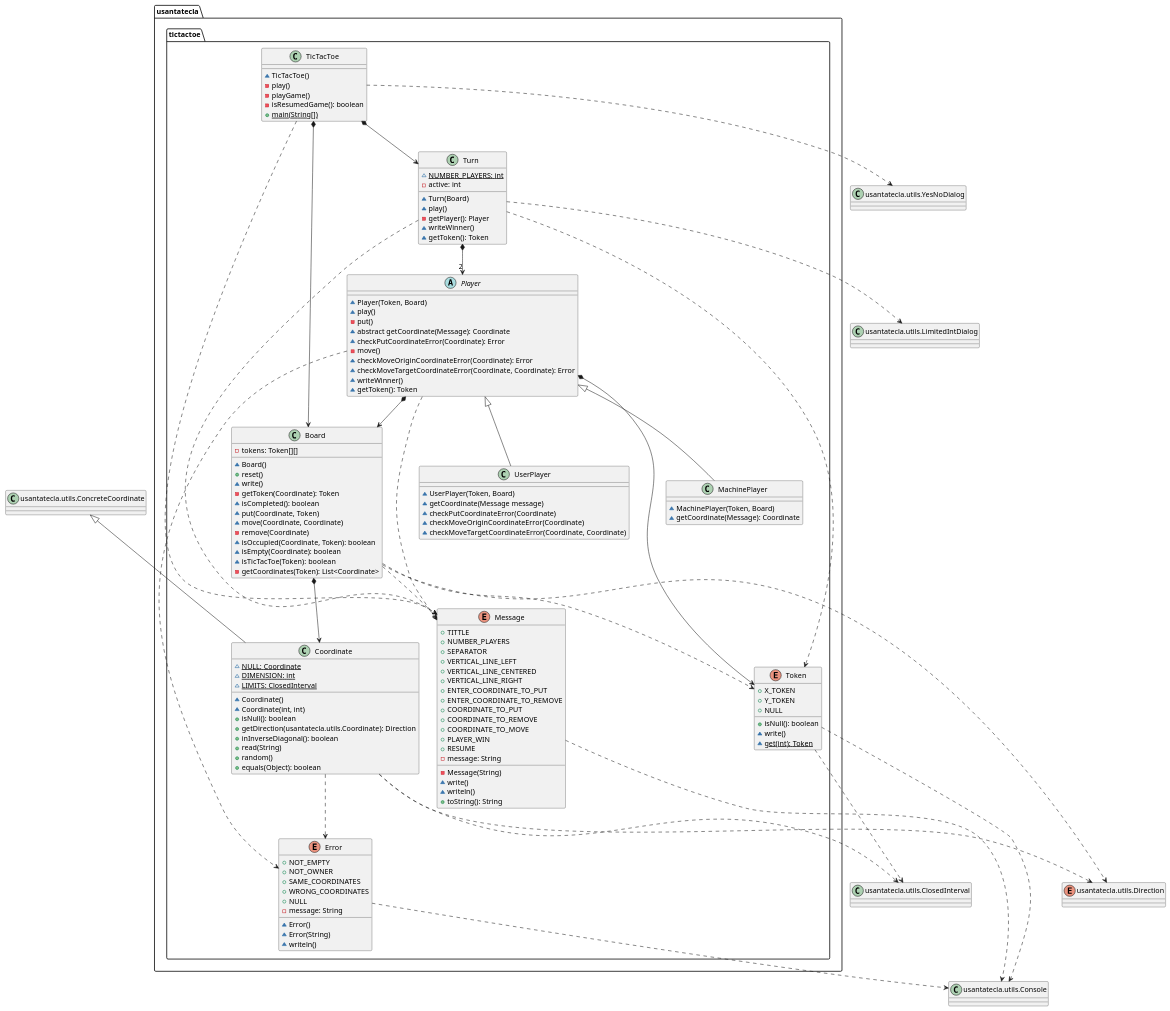
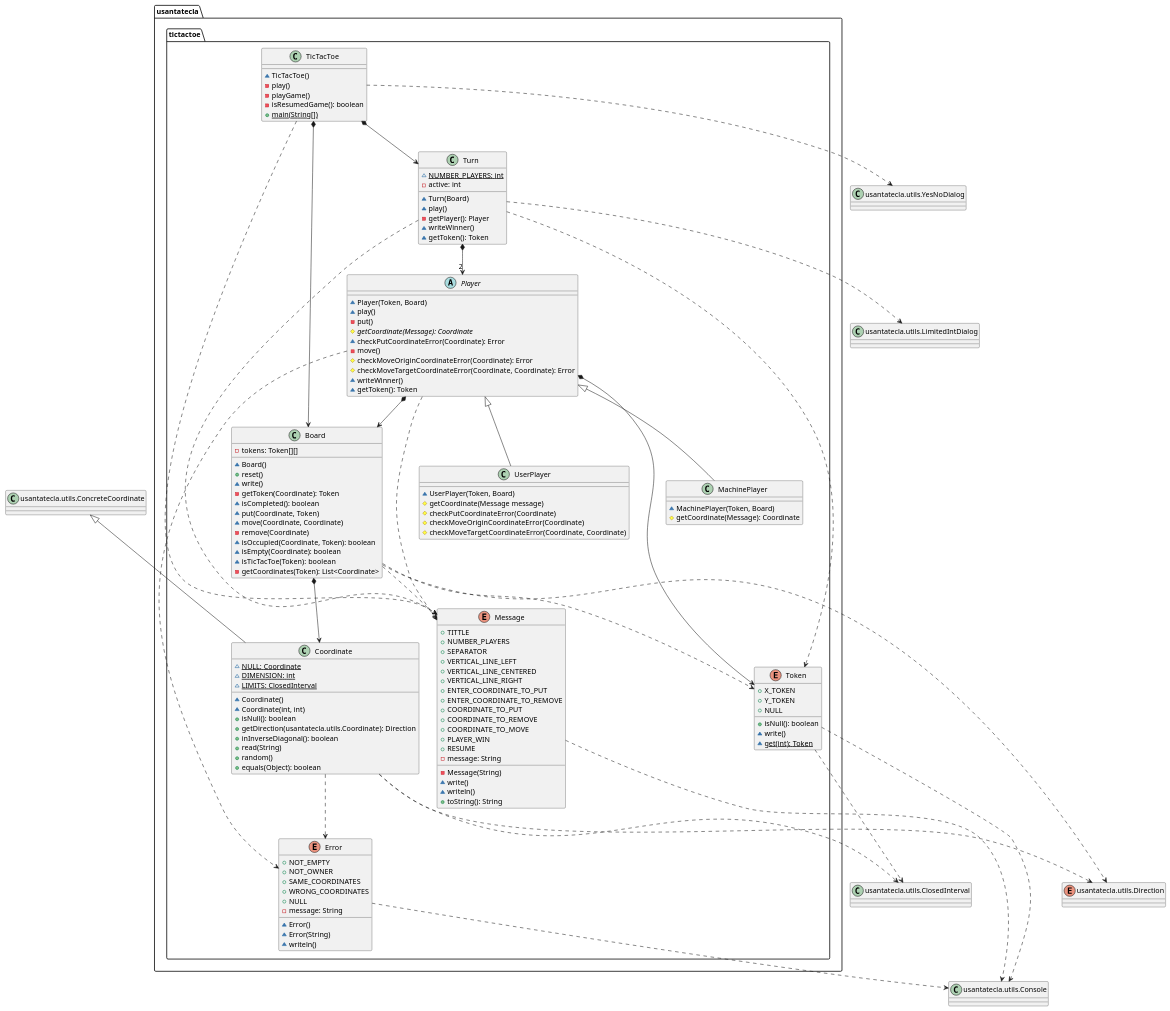
Before and after one commit to Jolucaa/USantaTecla-project-ticTacToe: the first of 2 diagrams in domainModel/docs/diagrams/src/paquetes.plantuml, drawn with PlantUML. The commit also changed other lines of this file and 2 other files, not shown here.

```diff
--- a/domainModel/docs/diagrams/src/paquetes.plantuml
+++ b/domainModel/docs/diagrams/src/paquetes.plantuml
@@ -1,182 +1,182 @@
 @startuml tictactoe
 namespace usantatecla.tictactoe {
 class Board {
 	- tokens: Token[][] 
 	~ Board()
 	+ reset() 
 	~ write() 
 	- getToken(Coordinate): Token 
 	~ isCompleted(): boolean 
 	~ put(Coordinate, Token) 
 	~ move(Coordinate, Coordinate) 
 	- remove(Coordinate) 
 	~ isOccupied(Coordinate, Token): boolean 
 	~ isEmpty(Coordinate): boolean
 	~ isTicTacToe(Token): boolean
 	- getCoordinates(Token): List<Coordinate> 
 }
 
 class Coordinate {
 	~ NULL: {static} Coordinate
 	~ DIMENSION: {static} int 
 	~ LIMITS: {static} ClosedInterval 
 	~ Coordinate()
 	~ Coordinate(int, int)
 	+ isNull(): boolean 
 	+ getDirection(usantatecla.utils.Coordinate): Direction 
 	+ inInverseDiagonal(): boolean 
 	+ read(String)
 	+ random() 
 	+ equals(Object): boolean 
 }
 
 enum Error {
 
 	+ NOT_EMPTY
 	+ NOT_OWNER
 	+ SAME_COORDINATES
 	+ WRONG_COORDINATES
 	+ NULL
 	- message: String 
 	~ Error()
 	~ Error(String)
 	~ writeln()
 }
 
 class MachinePlayer {
 	~ MachinePlayer(Token, Board)
-	~ getCoordinate(Message): Coordinate 
+	# getCoordinate(Message): Coordinate 
 }
 
 enum Message {
 	+ TITTLE
 	+ NUMBER_PLAYERS
 	+ SEPARATOR
 	+ VERTICAL_LINE_LEFT
 	+ VERTICAL_LINE_CENTERED
 	+ VERTICAL_LINE_RIGHT
 	+ ENTER_COORDINATE_TO_PUT
 	+ ENTER_COORDINATE_TO_REMOVE
 	+ COORDINATE_TO_PUT
 	+ COORDINATE_TO_REMOVE
 	+ COORDINATE_TO_MOVE
 	+ PLAYER_WIN
 	+ RESUME
 	- message: String 
 	- Message(String)
 	~ write()
 	~ writeln()
 	+ toString(): String 
 }
 
 
 abstract class Player {
 	~ Player(Token, Board)
 	~ play()
 	- put()
-	~ abstract getCoordinate(Message): Coordinate 
+	# {abstract} getCoordinate(Message): Coordinate 
 	~ checkPutCoordinateError(Coordinate): Error 
 	- move()
-	~ checkMoveOriginCoordinateError(Coordinate): Error 
-	~ checkMoveTargetCoordinateError(Coordinate, Coordinate): Error 
+	# checkMoveOriginCoordinateError(Coordinate): Error 
+	# checkMoveTargetCoordinateError(Coordinate, Coordinate): Error 
 	~ writeWinner()
 	~ getToken(): Token 
 }
 
 class TicTacToe{
     ~ TicTacToe()
 	- play()
     - playGame()
 	- isResumedGame(): boolean
 	+ {static} main(String[])
 }
 
 enum Token {
 	+ X_TOKEN
 	+ Y_TOKEN
 	+ NULL
     + isNull(): boolean 
     ~ write()
     ~ {static} get(int): Token 
 }
 
 class Turn {
 	~ NUMBER_PLAYERS: {static} int 
 	- active: int 
 	~ Turn(Board)
 	~ play()
 	- getPlayer(): Player 
 	~ writeWinner()
 	~ getToken(): Token  
 }
 
 class UserPlayer extends Player {
 	~ UserPlayer(Token, Board)
-	~ getCoordinate(Message message)
-	~ checkPutCoordinateError(Coordinate) 
-	~ checkMoveOriginCoordinateError(Coordinate)
-	~ checkMoveTargetCoordinateError(Coordinate, Coordinate)
+	# getCoordinate(Message message)
+	# checkPutCoordinateError(Coordinate) 
+	# checkMoveOriginCoordinateError(Coordinate)
+	# checkMoveTargetCoordinateError(Coordinate, Coordinate)
 }
 
 TicTacToe *-down-> Board 
 TicTacToe *-down-> Turn 
 
 Board .down.> Token
 Turn .down.> Token
 Player *-down-> Token
 Player *-down-> Board 
 Turn *-down-> "2" Player 
 Board *-down-> Coordinate 
 Player <|-down- MachinePlayer
 Coordinate .down.> Error
 Player .down.> Error
 Board .down.> Message
 Player .down.> Message
 TicTacToe .down.> Message
 Turn .down.> Message
 
 }
 
 class ConcreteCoordinate as "usantatecla.utils.ConcreteCoordinate"{
 
 }
 
 class ClosedInterval as "usantatecla.utils.ClosedInterval"{
 	
 }
 
 class Console as "usantatecla.utils.Console"{
 	
 }
 
 class LimitedIntDialog as "usantatecla.utils.LimitedIntDialog"{
 	
 }
 
 class YesNoDialog as "usantatecla.utils.YesNoDialog"{
 	
 }
 
 enum Direction as "usantatecla.utils.Direction"{
 	
 }
 
 ConcreteCoordinate <|-down- usantatecla.tictactoe.Coordinate
 
 usantatecla.tictactoe.Coordinate .down.> ClosedInterval
 usantatecla.tictactoe.Token .down.> ClosedInterval
 
 
 usantatecla.tictactoe.Error .down.> Console
 usantatecla.tictactoe.Message .down.> Console
 usantatecla.tictactoe.Token .down.> Console
 
 
 
 usantatecla.tictactoe.Turn .down.> LimitedIntDialog
 usantatecla.tictactoe.TicTacToe .down.> YesNoDialog
 
 usantatecla.tictactoe.Board .down.> Direction
 usantatecla.tictactoe.Coordinate .down.> Direction
 
 @enduml
```
